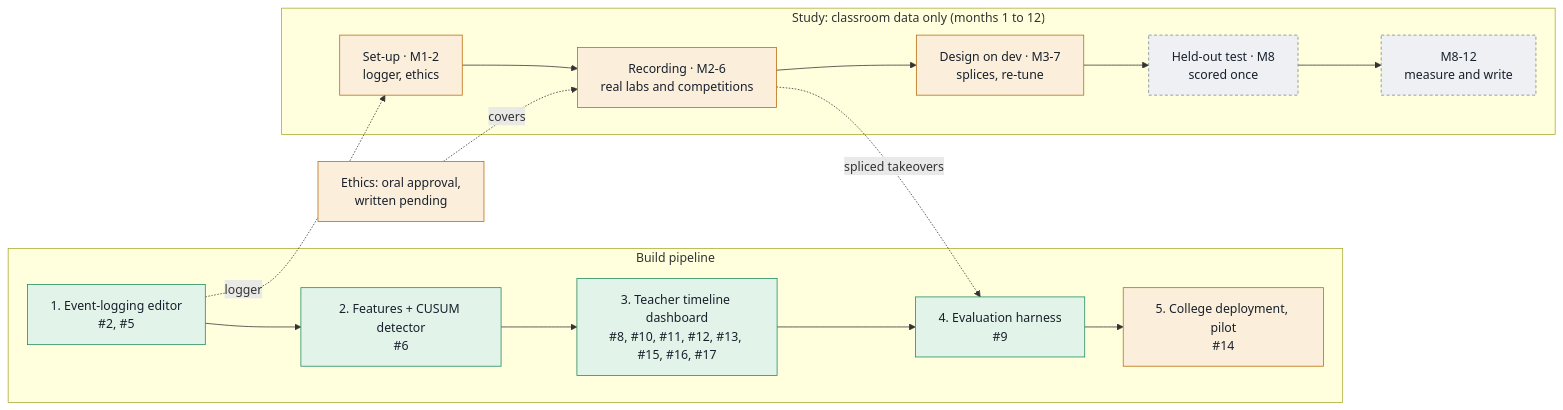
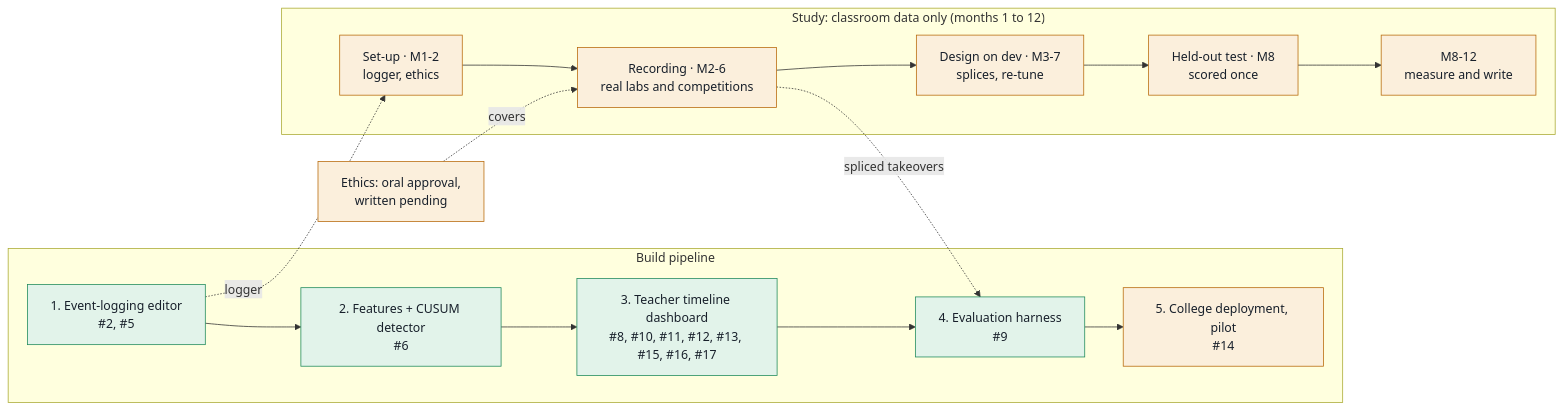
One commit to codehamster69/student-ide changed the diagram in thesis/progress/STATUS.md. Above: the diagram before and after it, drawn with Mermaid. The commit also changed other lines of this file and 30 other files, not shown here.

First line of the commit message:
Thesis ch 7-10 and abstract from the classroom evaluation; held-out split scored once

````diff
--- a/thesis/progress/STATUS.md
+++ b/thesis/progress/STATUS.md
@@ -14,22 +14,22 @@
 ```mermaid
 flowchart LR
   classDef done fill:#e2f3ea,stroke:#1f8a5b,color:#18202b
   classDef prog fill:#fbefdc,stroke:#b86a0b,color:#18202b
   classDef pend fill:#eef0f3,stroke:#7c8696,stroke-dasharray:4 3,color:#18202b
 
   subgraph Build["Build pipeline"]
     B1["1. Event-logging editor<br/>#2, #5"]:::done --> B2["2. Features + CUSUM detector<br/>#6"]:::done
     B2 --> B3["3. Teacher timeline dashboard<br/>#8, #10, #11, #12, #13, #15, #16, #17"]:::done --> B4["4. Evaluation harness<br/>#9"]:::done
     B4 --> B5["5. College deployment, pilot<br/>#14"]:::prog
   end
 
   subgraph Study["Study: classroom data only (months 1 to 12)"]
     S0["Set-up · M1-2<br/>logger, ethics"]:::prog --> S1["Recording · M2-6<br/>real labs and competitions"]:::prog
-    S1 --> S2["Design on dev · M3-7<br/>splices, re-tune"]:::prog --> S3["Held-out test · M8<br/>scored once"]:::pend
-    S3 --> W["M8-12<br/>measure and write"]:::pend
+    S1 --> S2["Design on dev · M3-7<br/>splices, re-tune"]:::prog --> S3["Held-out test · M8<br/>scored once"]:::prog
+    S3 --> W["M8-12<br/>measure and write"]:::prog
   end
 
   E["Ethics: oral approval,<br/>written pending"]:::prog -. covers .-> S1
   B1 -. logger .-> S0
   S1 -. spliced takeovers .-> B4
 ```
````
